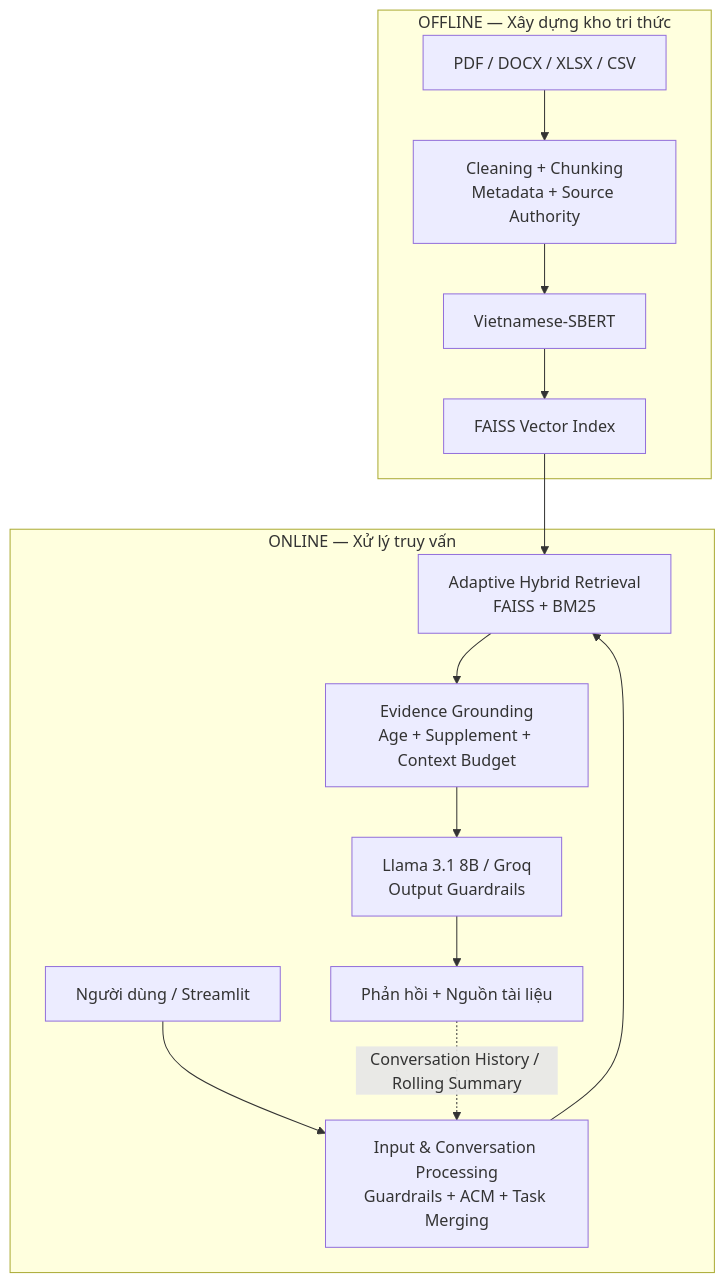
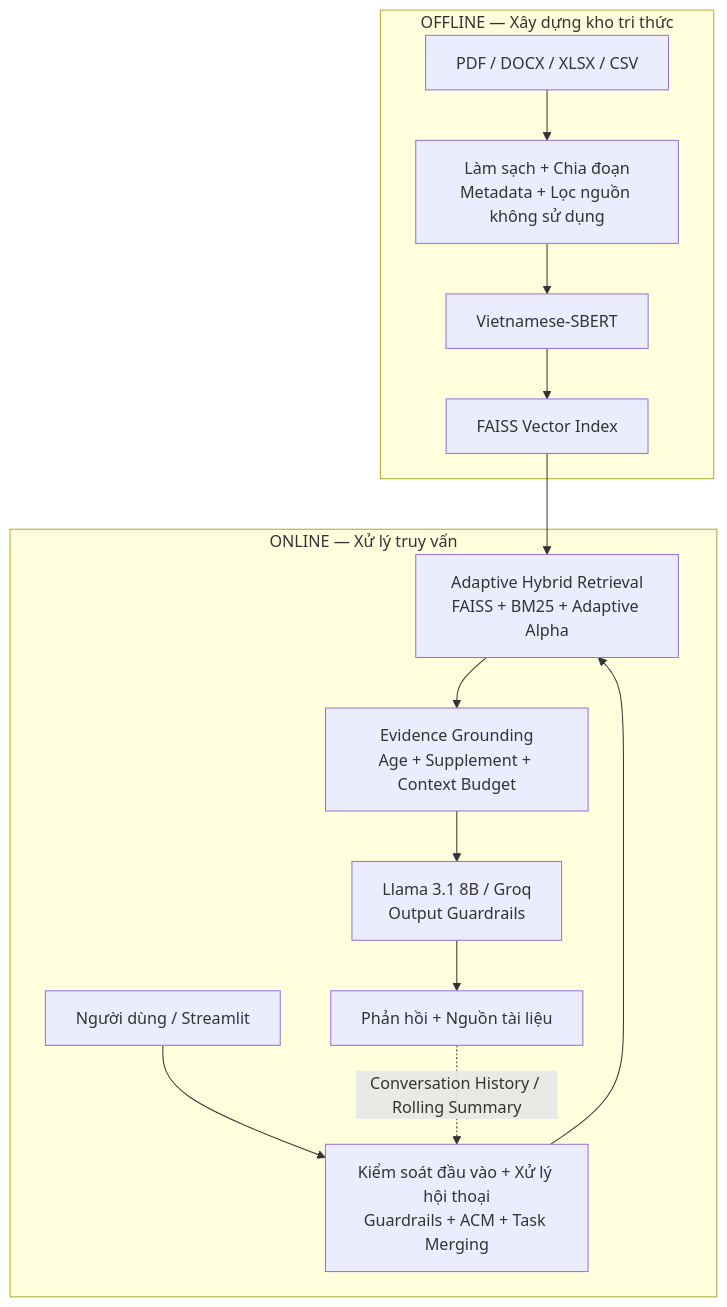
One commit to Myduyen808/Chatbot-MonCare changed the diagram in README.md. Above: the diagram before and after it, drawn with Mermaid. The commit also changed other lines of this file, not shown here.

````diff
--- a/README.md
+++ b/README.md
@@ -36,19 +36,19 @@
 ```mermaid
 flowchart TD
     subgraph OFF["OFFLINE — Xây dựng kho tri thức"]
-        A["PDF / DOCX / XLSX / CSV"] --> B["Cleaning + Chunking<br/>Metadata + Source Authority"]
+        A["PDF / DOCX / XLSX / CSV"] --> B["Làm sạch + Chia đoạn<br/>Metadata + Lọc nguồn không sử dụng"]
         B --> C["Vietnamese-SBERT"]
         C --> D["FAISS Vector Index"]
     end
 
     subgraph ON["ONLINE — Xử lý truy vấn"]
-        E["Người dùng / Streamlit"] --> F["Input & Conversation Processing<br/>Guardrails + ACM + Task Merging"]
-        F --> G["Adaptive Hybrid Retrieval<br/>FAISS + BM25"]
+        E["Người dùng / Streamlit"] --> F["Kiểm soát đầu vào + Xử lý hội thoại<br/>Guardrails + ACM + Task Merging"]
+        F --> G["Adaptive Hybrid Retrieval<br/>FAISS + BM25 + Adaptive Alpha"]
         G --> H["Evidence Grounding<br/>Age + Supplement + Context Budget"]
         H --> I["Llama 3.1 8B / Groq<br/>Output Guardrails"]
         I --> J["Phản hồi + Nguồn tài liệu"]
     end
 
     D --> G
     J -. "Conversation History / Rolling Summary" .-> F
 ```
````
